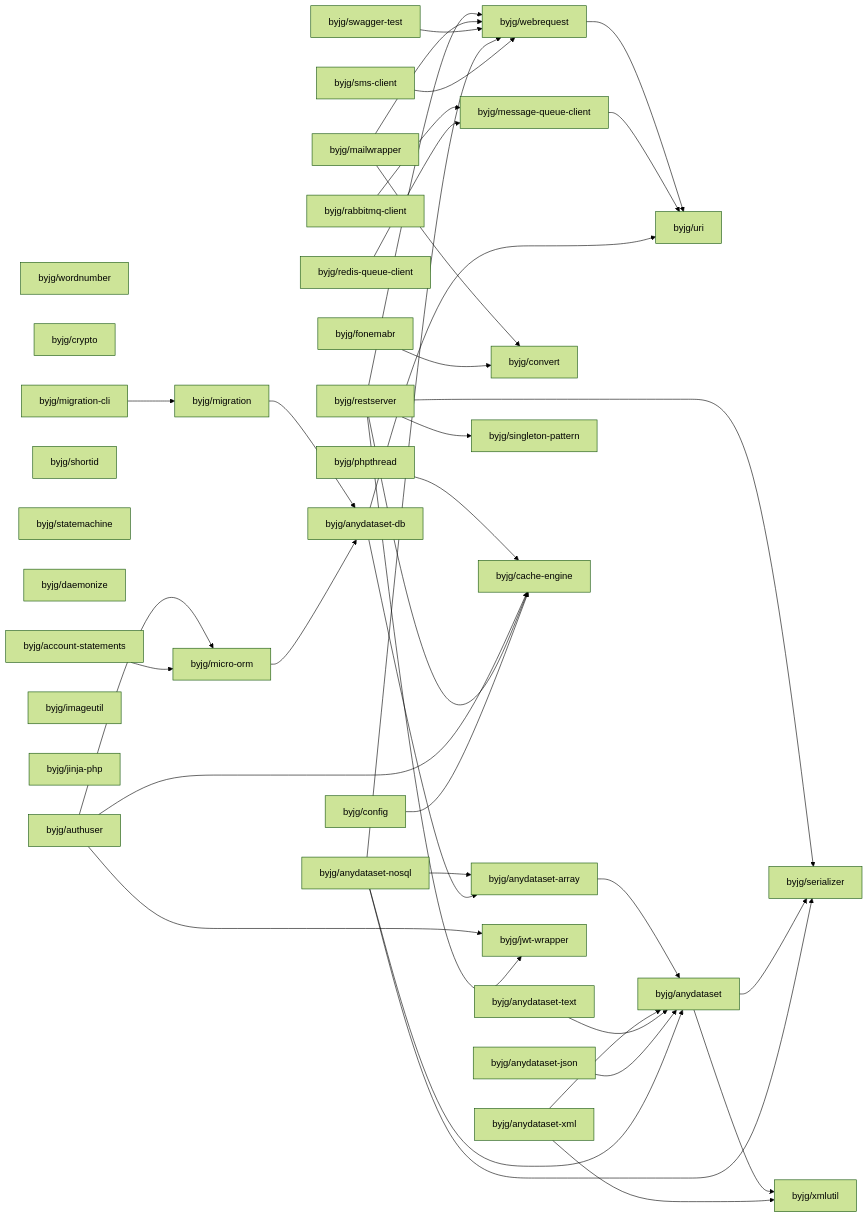
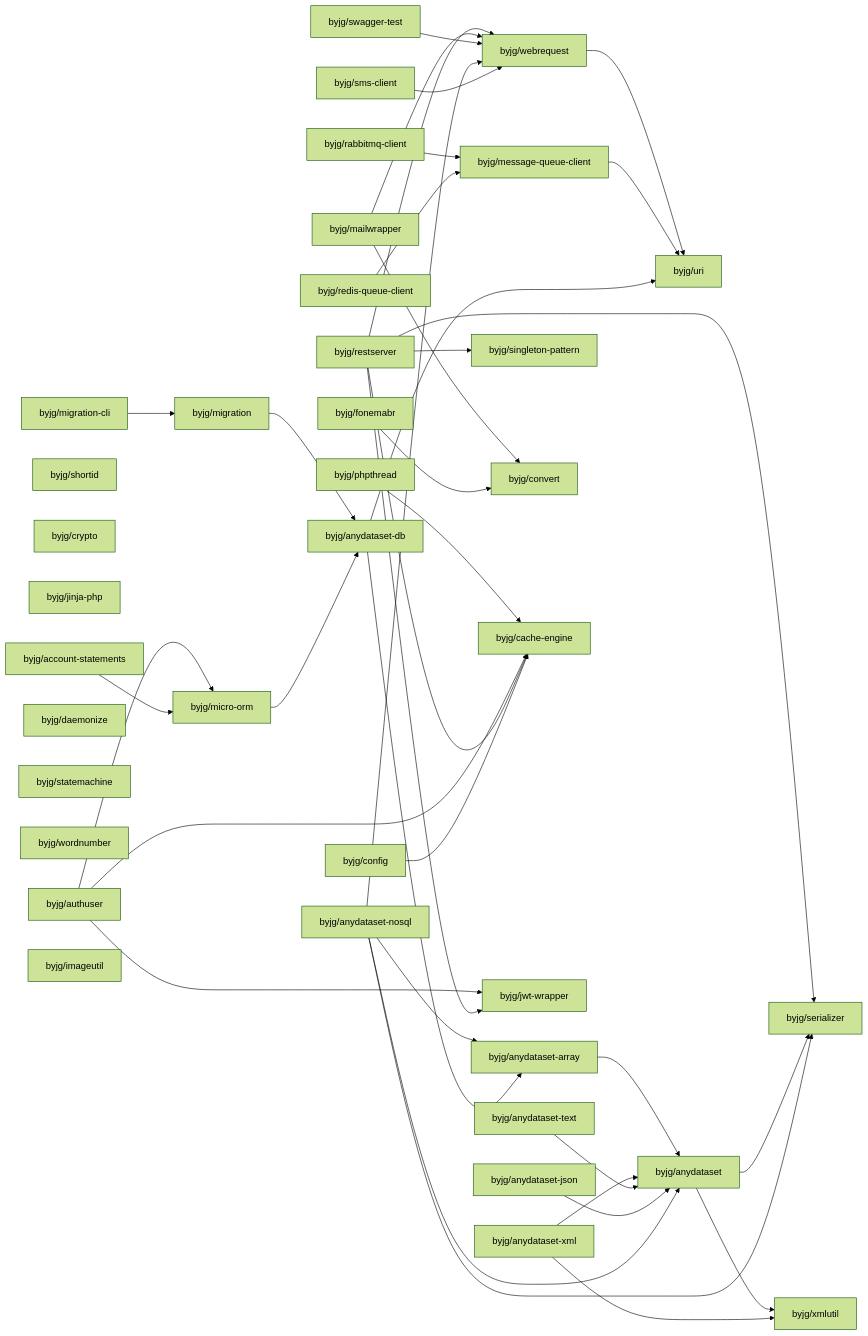
One commit to byjg/byjg.github.io changed the diagram in docs/php/README.md. Above: the diagram before and after it, drawn with Mermaid (forest theme). The commit also changed other lines of this file, not shown here.

Commit message:
Update documentation 'php' 'php-serializer'

````diff
--- a/docs/php/README.md
+++ b/docs/php/README.md
@@ -3,76 +3,76 @@
 ```mermaid
 graph LR;
-  byjg/wordnumber;
-  byjg/crypto;
-  byjg/account-statements;
+  byjg/anydataset-xml;
+  byjg/migration-cli;
   byjg/mailwrapper;
   byjg/shortid;
+  byjg/crypto;
+  byjg/anydataset-nosql;
+  byjg/sms-client;
+  byjg/rabbitmq-client;
+  byjg/redis-queue-client;
+  byjg/anydataset-json;
+  byjg/jinja-php;
+  byjg/account-statements;
+  byjg/restserver;
+  byjg/config;
+  byjg/fonemabr;
+  byjg/daemonize;
   byjg/statemachine;
-  byjg/config;
-  byjg/daemonize;
-  byjg/migration-cli;
-  byjg/redis-queue-client;
-  byjg/sms-client;
+  byjg/wordnumber;
+  byjg/phpthread;
+  byjg/authuser;
   byjg/anydataset-text;
-  byjg/anydataset-json;
-  byjg/fonemabr;
+  byjg/swagger-test;
   byjg/imageutil;
-  byjg/rabbitmq-client;
-  byjg/jinja-php;
-  byjg/swagger-test;
-  byjg/anydataset-xml;
-  byjg/phpthread;
-  byjg/anydataset-nosql;
-  byjg/authuser;
-  byjg/restserver;
   byjg/migration;
+  byjg/message-queue-client;
+  byjg/singleton-pattern;
   byjg/convert;
-  byjg/message-queue-client;
   byjg/micro-orm;
-  byjg/singleton-pattern;
   byjg/cache-engine;
+  byjg/jwt-wrapper;
   byjg/webrequest;
-  byjg/jwt-wrapper;
   byjg/anydataset-db;
   byjg/anydataset-array;
   byjg/uri;
   byjg/anydataset;
   byjg/serializer;
   byjg/xmlutil;
   byjg/phpthread --> byjg/cache-engine;
   byjg/authuser --> byjg/micro-orm;
   byjg/authuser --> byjg/cache-engine;
   byjg/authuser --> byjg/jwt-wrapper;
   byjg/anydataset-array --> byjg/anydataset;
   byjg/restserver --> byjg/serializer;
   byjg/restserver --> byjg/singleton-pattern;
   byjg/restserver --> byjg/cache-engine;
   byjg/restserver --> byjg/webrequest;
   byjg/restserver --> byjg/jwt-wrapper;
   byjg/mailwrapper --> byjg/convert;
   byjg/mailwrapper --> byjg/webrequest;
   byjg/swagger-test --> byjg/webrequest;
   byjg/migration --> byjg/anydataset-db;
   byjg/account-statements --> byjg/micro-orm;
   byjg/anydataset --> byjg/serializer;
   byjg/anydataset --> byjg/xmlutil;
   byjg/fonemabr --> byjg/convert;
   byjg/anydataset-xml --> byjg/anydataset;
   byjg/anydataset-xml --> byjg/xmlutil;
   byjg/webrequest --> byjg/uri;
   byjg/config --> byjg/cache-engine;
   byjg/migration-cli --> byjg/migration;
   byjg/anydataset-text --> byjg/anydataset;
   byjg/micro-orm --> byjg/anydataset-db;
   byjg/message-queue-client --> byjg/uri;
   byjg/anydataset-json --> byjg/anydataset;
   byjg/anydataset-nosql --> byjg/anydataset;
   byjg/anydataset-nosql --> byjg/anydataset-array;
   byjg/anydataset-nosql --> byjg/serializer;
   byjg/anydataset-nosql --> byjg/webrequest;
   byjg/anydataset-db --> byjg/anydataset-array;
   byjg/anydataset-db --> byjg/uri;
   byjg/rabbitmq-client --> byjg/message-queue-client;
   byjg/redis-queue-client --> byjg/message-queue-client;
   byjg/sms-client --> byjg/webrequest;
 ```
````
